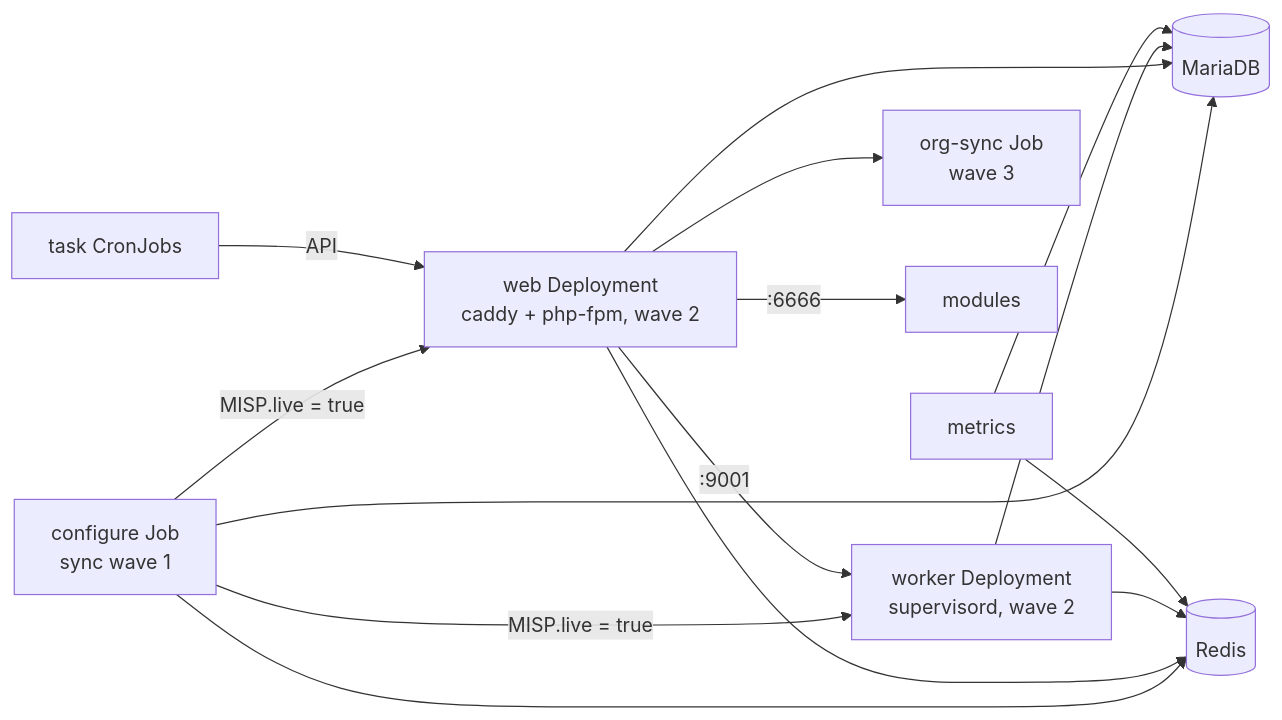
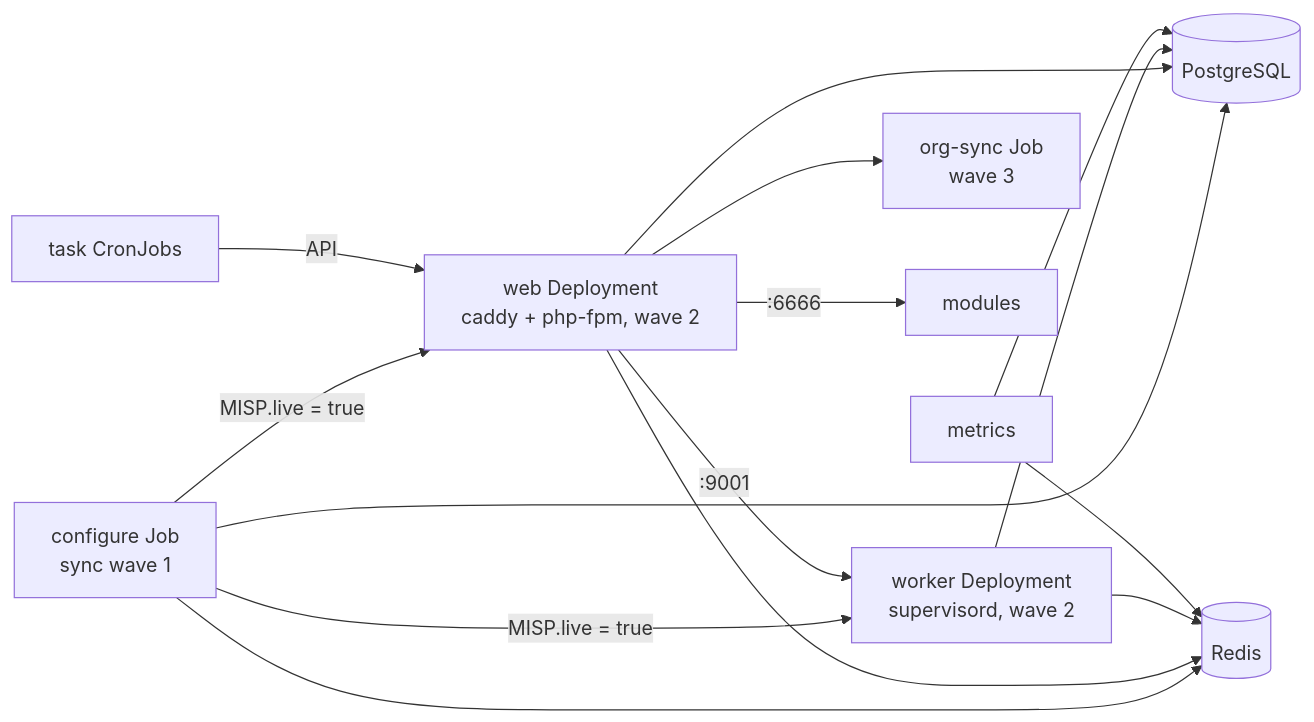
Before and after one commit to oivindoh/misp-container: the diagram in docs/architecture.md, drawn with Mermaid. The commit also changed other lines of this file and 72 other files, not shown here.

Commit message:
PostgreSQL only, with a MySQL import that can upgrade an older source; job runs as system_settings rows; one GPG key file and tmpfs scratch in Compose; the hub-spoke stack from the deploy stack

````diff
--- a/docs/architecture.md
+++ b/docs/architecture.md
@@ -13,17 +13,17 @@
 ```mermaid
 flowchart LR
     cfg[configure Job<br/>sync wave 1] -->|MISP.live = true| web[web Deployment<br/>caddy + php-fpm, wave 2]
     cfg -->|MISP.live = true| worker[worker Deployment<br/>supervisord, wave 2]
     web --> sync[org-sync Job<br/>wave 3]
-    cfg --> db[(MariaDB)]
+    cfg --> db[(PostgreSQL)]
     cfg --> redis[(Redis)]
     web --> db
     web --> redis
     worker --> db
     worker --> redis
     web -->|:9001| worker
     web -->|:6666| modules[modules]
     metrics[metrics] --> db
     metrics --> redis
     tasks[task CronJobs] -->|API| web
 ```
````
